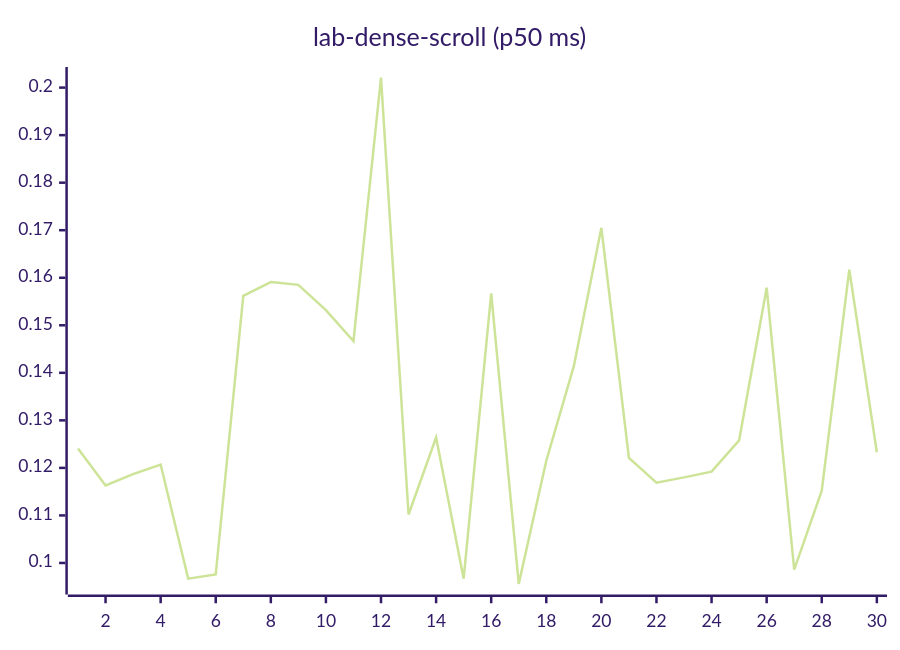
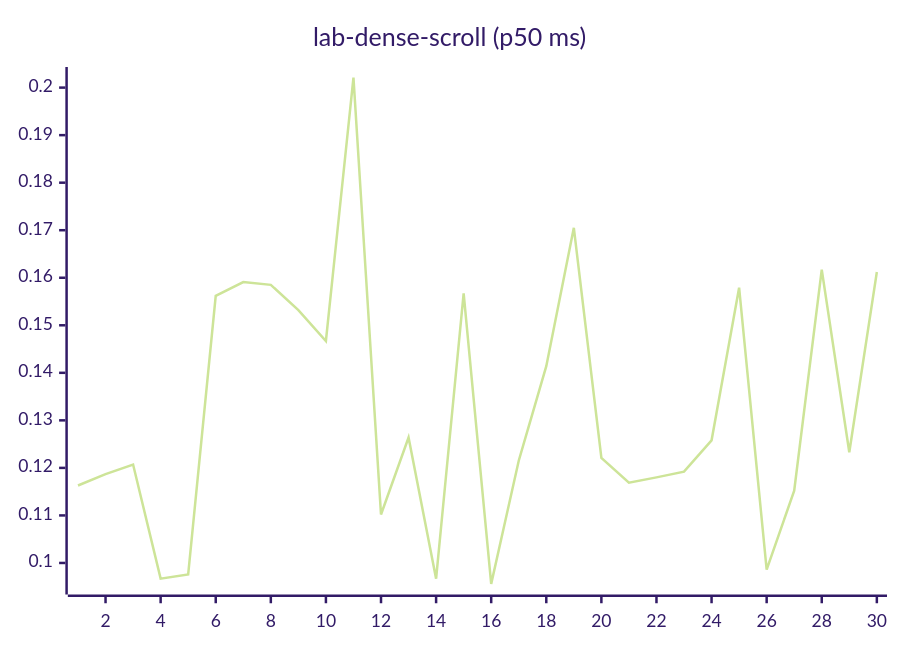
One commit to josha/Facet changed diagram 12 of 27 in README.md. Above: the diagram before and after it, drawn with Mermaid (forest theme). The commit also changed other lines of this file and 2 other files, not shown here.

````diff
--- a/README.md
+++ b/README.md
@@ -140,6 +140,6 @@
 ```mermaid
 xychart-beta
     title "lab-dense-scroll (p50 ms)"
     x-axis 1 --> 30
-    line [0.1241, 0.1163, 0.1187, 0.1207, 0.0967, 0.0976, 0.1562, 0.1591, 0.1585, 0.1532, 0.1467, 0.2021, 0.1102, 0.1264, 0.0967, 0.1567, 0.0956, 0.1215, 0.1414, 0.1705, 0.1221, 0.1169, 0.1180, 0.1192, 0.1258, 0.1579, 0.0986, 0.1152, 0.1617, 0.1233]
+    line [0.1163, 0.1187, 0.1207, 0.0967, 0.0976, 0.1562, 0.1591, 0.1585, 0.1532, 0.1467, 0.2021, 0.1102, 0.1264, 0.0967, 0.1567, 0.0956, 0.1215, 0.1414, 0.1705, 0.1221, 0.1169, 0.1180, 0.1192, 0.1258, 0.1579, 0.0986, 0.1152, 0.1617, 0.1233, 0.1612]
 ```
````
